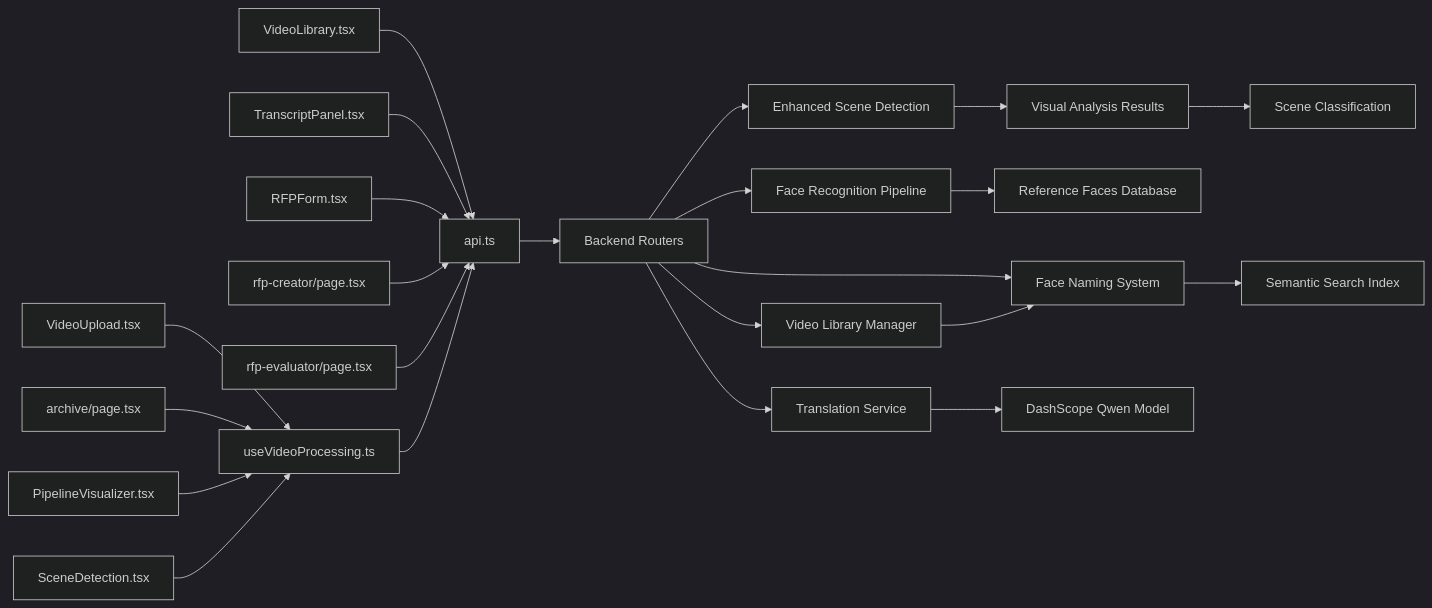
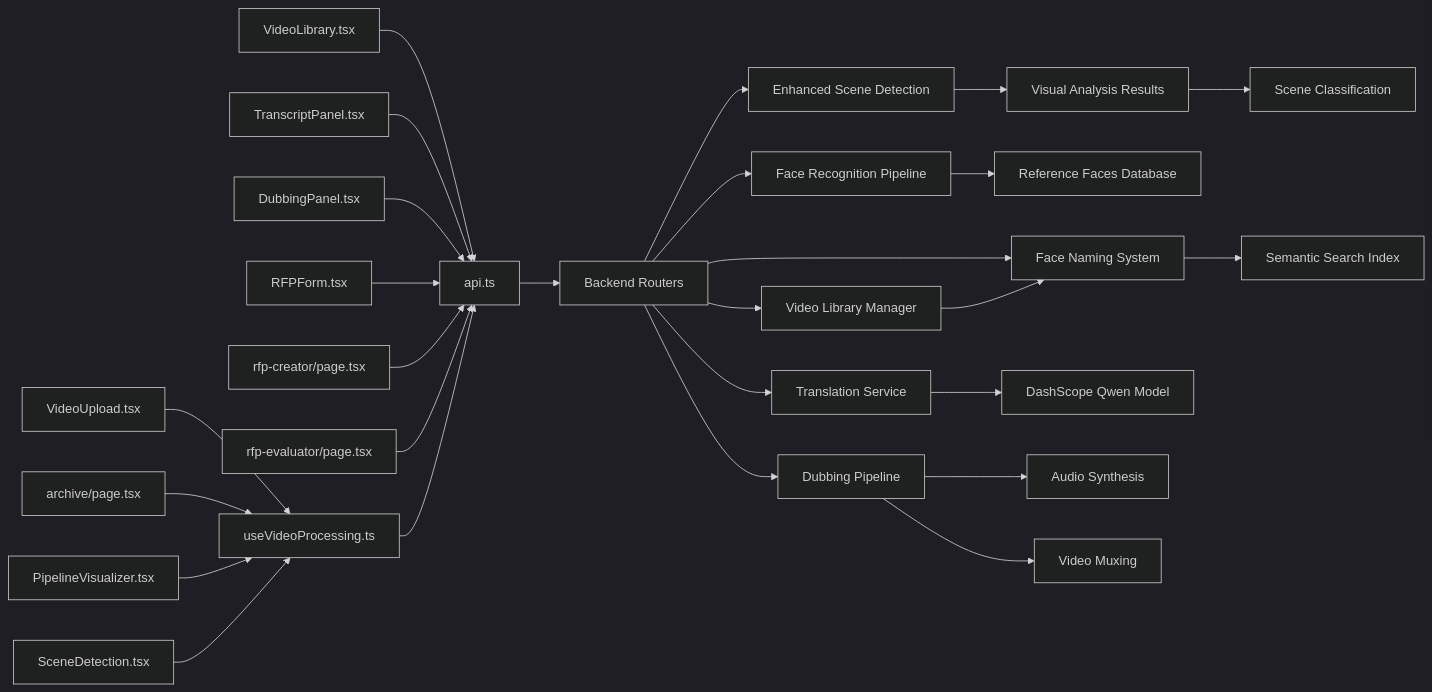
One commit to alexandreybasta-cyber/dubai-media-ai changed the third of 3 diagrams in .qoder/repowiki/en/content/Frontend Application/API Integration & State Management.md. Above: the diagram before and after it, drawn with Mermaid (dark theme). The commit also changed other lines of this file and 20 other files, not shown here.

````diff
--- a/.qoder/repowiki/en/content/Frontend Application/API Integration & State Management.md
+++ b/.qoder/repowiki/en/content/Frontend Application/API Integration & State Management.md
@@ -766,25 +893,29 @@
 ```mermaid
 graph LR
 UI_A["VideoUpload.tsx"] --> Hook["useVideoProcessing.ts"]
 UI_B["archive/page.tsx"] --> Hook
 UI_C["PipelineVisualizer.tsx"] --> Hook
 UI_D["SceneDetection.tsx"] --> Hook
 UI_E["VideoLibrary.tsx"] --> API["api.ts"]
 UI_F["TranscriptPanel.tsx"] --> API
-UI_G["RFPForm.tsx"] --> API
-UI_H["rfp-creator/page.tsx"] --> API
-UI_I["rfp-evaluator/page.tsx"] --> API
+UI_G["DubbingPanel.tsx"] --> API
+UI_H["RFPForm.tsx"] --> API
+UI_I["rfp-creator/page.tsx"] --> API
+UI_J["rfp-evaluator/page.tsx"] --> API
 Hook --> API
 API --> Backend["Backend Routers"]
 Backend --> FacePipeline["Face Recognition Pipeline"]
 Backend --> ScenePipeline["Enhanced Scene Detection"]
 Backend --> VideoLibrary["Video Library Manager"]
 Backend --> FaceNaming["Face Naming System"]
 Backend --> TranslationService["Translation Service"]
+Backend --> DubbingPipeline["Dubbing Pipeline"]
 FacePipeline --> ReferenceDB["Reference Faces Database"]
 ScenePipeline --> VisualAnalysis["Visual Analysis Results"]
 VideoLibrary --> FaceNaming
 VisualAnalysis --> SceneTypes["Scene Classification"]
 FaceNaming --> SearchIndex["Semantic Search Index"]
 TranslationService --> AIModel["DashScope Qwen Model"]
+DubbingPipeline --> AudioSynth["Audio Synthesis"]
+DubbingPipeline --> VideoMux["Video Muxing"]
 ```
````
